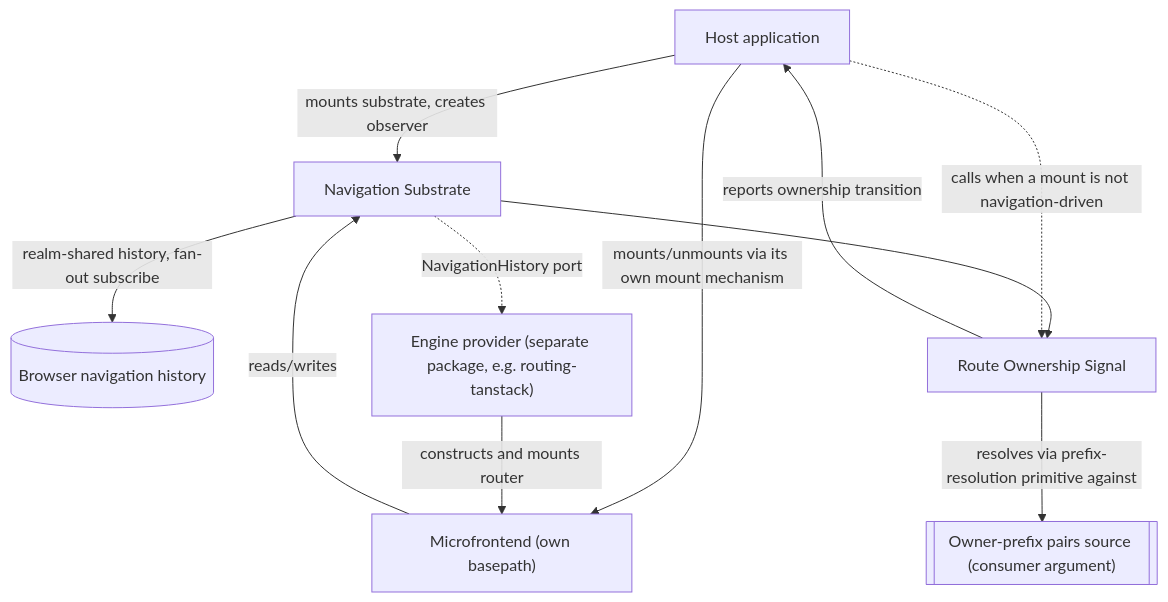
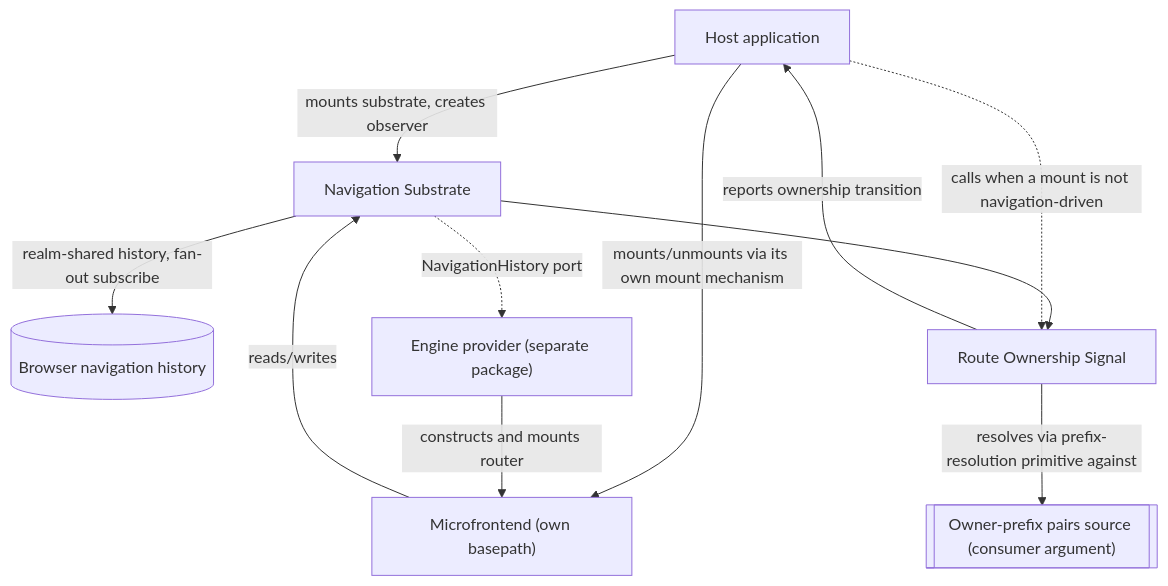
The first of 2 diagrams in packages/routing/architecture/DESIGN.md (GeraBart/gears-frontx), drawn with Mermaid before and after one commit. The commit also changed other lines of this file and 6 other files, not shown here.

````diff
--- a/packages/routing/architecture/DESIGN.md
+++ b/packages/routing/architecture/DESIGN.md
@@ -73,13 +73,13 @@
 ```mermaid
 graph TD
     Host["Host application"] -->|mounts substrate, creates observer| Substrate[Navigation Substrate]
     MFE["Microfrontend (own basepath)"] -->|reads/writes| Substrate
     Substrate -->|realm-shared history, fan-out subscribe| History[("Browser navigation history")]
     Substrate --> Signal[Route Ownership Signal]
     Signal -->|resolves via prefix-resolution primitive against| Pairs[["Owner-prefix pairs source (consumer argument)"]]
     Signal -->|reports ownership transition| Host
     Host -->|mounts/unmounts via its own mount mechanism| MFE
     Host -.->|calls when a mount is not navigation-driven| Signal
-    Provider["Engine provider (separate package, e.g. routing-tanstack)"] -->|constructs and mounts router| MFE
+    Provider["Engine provider (separate package)"] -->|constructs and mounts router| MFE
     Substrate -.->|NavigationHistory port| Provider
 ```
````
